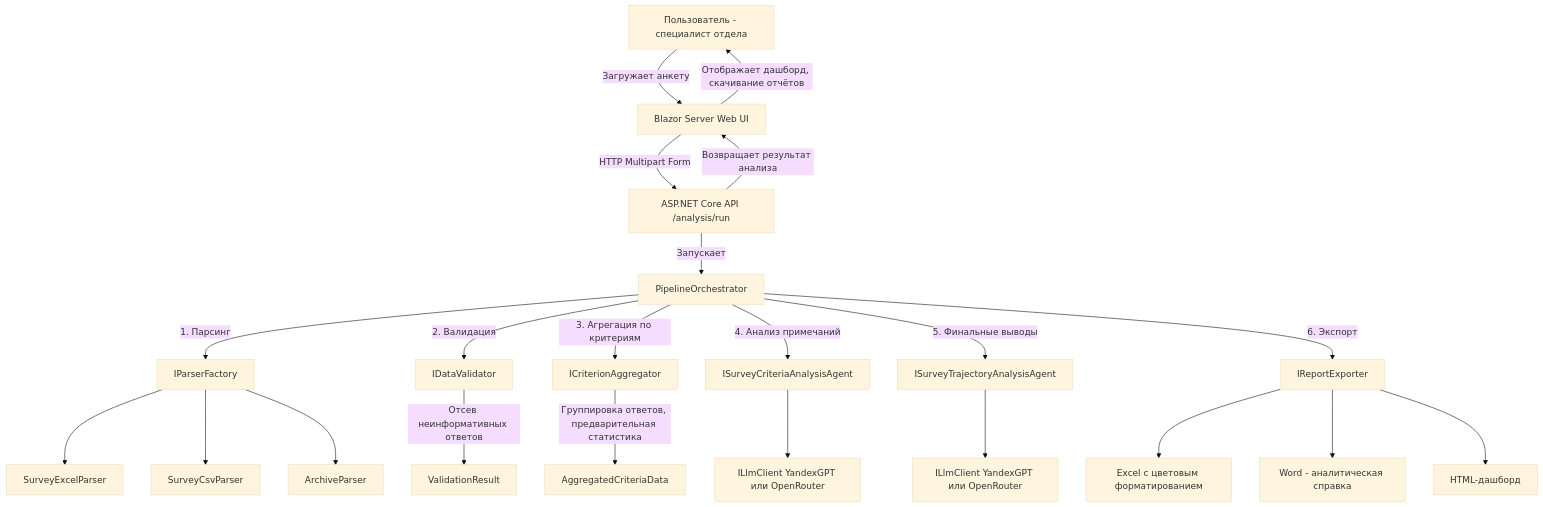
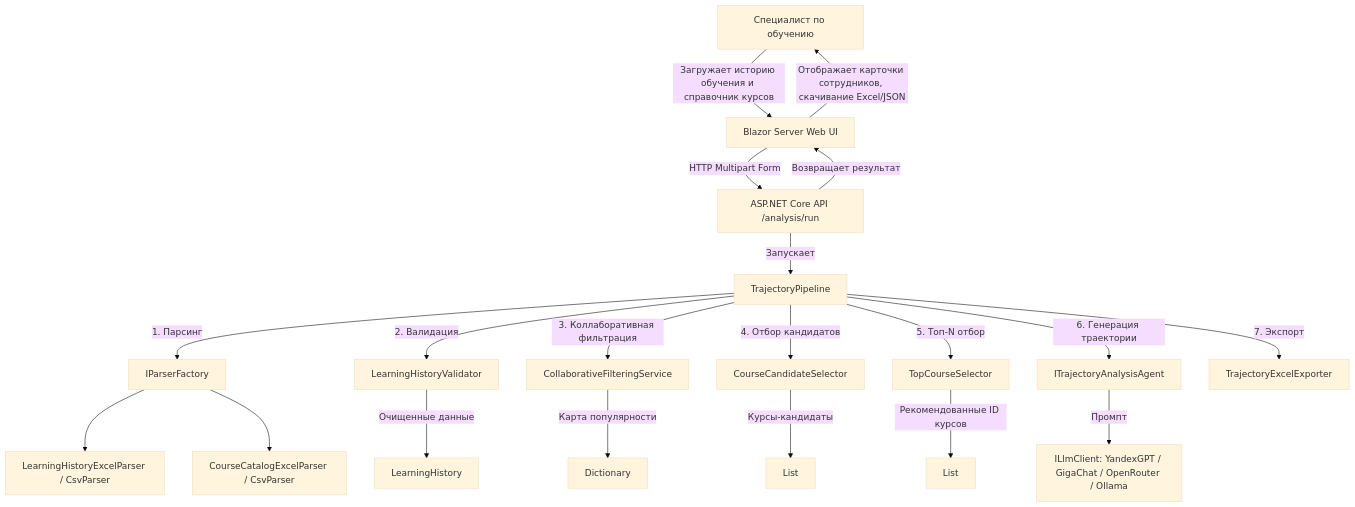
Before and after one commit to CaseChampionship-PKGH/TrajectoryAdvAIcer: the diagram in README.md, drawn with Mermaid (base theme). The commit also changed other lines of this file and 17 other files, not shown here.

````diff
--- a/README.md
+++ b/README.md
@@ -56,24 +55,22 @@
 ```mermaid
 flowchart TD
-    User[Пользователь - специалист отдела] -->|Загружает анкету| Web[Blazor Server Web UI]
+    User[Специалист по обучению] -->|Загружает историю обучения и справочник курсов| Web[Blazor Server Web UI]
     Web -->|HTTP Multipart Form| Api[ASP.NET Core API /analysis/run]
-    Api -->|Запускает| Pipeline[PipelineOrchestrator]
+    Api -->|Запускает| Pipeline[TrajectoryPipeline]
     Pipeline -->|1. Парсинг| ParserFactory[IParserFactory]
-    ParserFactory --> ExcelParser[SurveyExcelParser]
-    ParserFactory --> CsvParser[SurveyCsvParser]
-    ParserFactory --> ArchiveParser[ArchiveParser]
-    Pipeline -->|2. Валидация| Validator[IDataValidator]
-    Validator -->|Отсев неинформативных ответов| ValidatedData[ValidationResult]
-    Pipeline -->|3. Агрегация по критериям| Aggregator[ICriterionAggregator]
-    Aggregator -->|Группировка ответов, предварительная статистика| AggregatedData[AggregatedCriteriaData]
-    Pipeline -->|4. Анализ примечаний| CriteriaAgent[ISurveyCriteriaAnalysisAgent]
-    Pipeline -->|5. Финальные выводы| TrajectoryAgent[ISurveyTrajectoryAnalysisAgent]
-    CriteriaAgent --> LLMClient1[ILlmClient YandexGPT или OpenRouter]
-    TrajectoryAgent --> LLMClient2[ILlmClient YandexGPT или OpenRouter]
-    Pipeline -->|6. Экспорт| ReportExporter[IReportExporter]
-    ReportExporter --> Excel[Excel с цветовым форматированием]
-    ReportExporter --> Word[Word - аналитическая справка]
-    ReportExporter --> HTML[HTML-дашборд]
-    Api -->|Возвращает результат анализа| Web
-    Web -->|Отображает дашборд, скачивание отчётов| User
+    ParserFactory --> HistoryParser[LearningHistoryExcelParser / CsvParser]
+    ParserFactory --> CatalogParser[CourseCatalogExcelParser / CsvParser]
+    Pipeline -->|2. Валидация| Validator[LearningHistoryValidator]
+    Validator -->|Очищенные данные| CleanedHistory[LearningHistory]
+    Pipeline -->|3. Коллаборативная фильтрация| CollabService[CollaborativeFilteringService]
+    CollabService -->|Карта популярности| PopularityMap[Dictionary<CourseId, Count>]
+    Pipeline -->|4. Отбор кандидатов| CandidateSelector[CourseCandidateSelector]
+    CandidateSelector -->|Курсы-кандидаты| Candidates[List<CourseCandidate>]
+    Pipeline -->|5. Топ-N отбор| TopSelector[TopCourseSelector]
+    TopSelector -->|Рекомендованные ID курсов| RecommendedIds[List<string>]
+    Pipeline -->|6. Генерация траектории| TrajectoryAgent[ITrajectoryAnalysisAgent]
+    TrajectoryAgent -->|Промпт| LLMClient[ILlmClient: YandexGPT / GigaChat / OpenRouter / Ollama]
+    Pipeline -->|7. Экспорт| ExcelExporter[TrajectoryExcelExporter]
+    Api -->|Возвращает результат| Web
+    Web -->|Отображает карточки сотрудников, скачивание Excel/JSON| User
 ```
````
